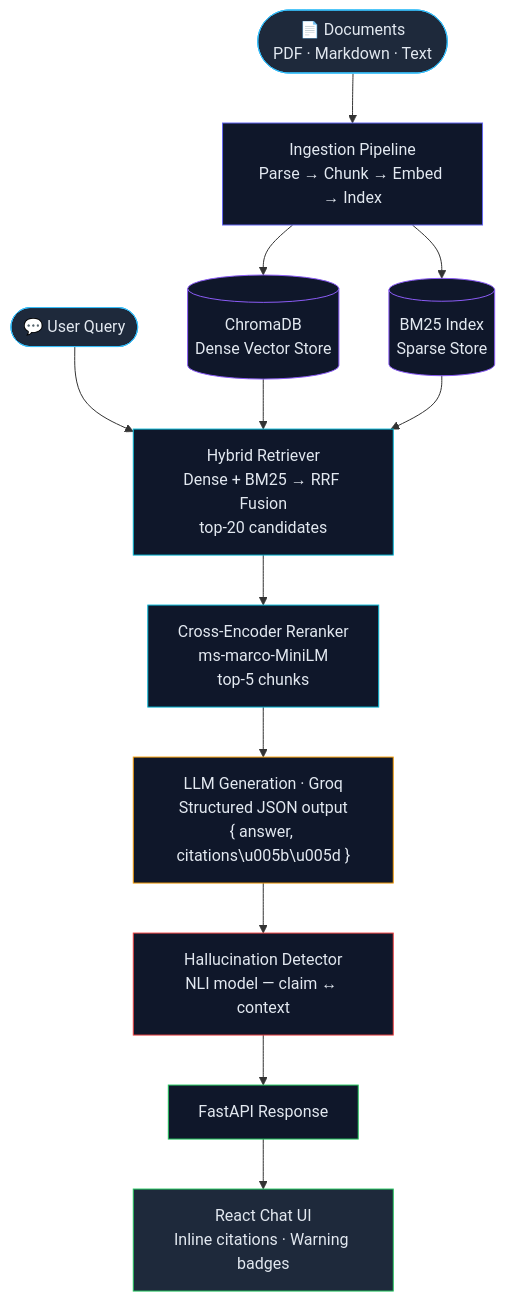
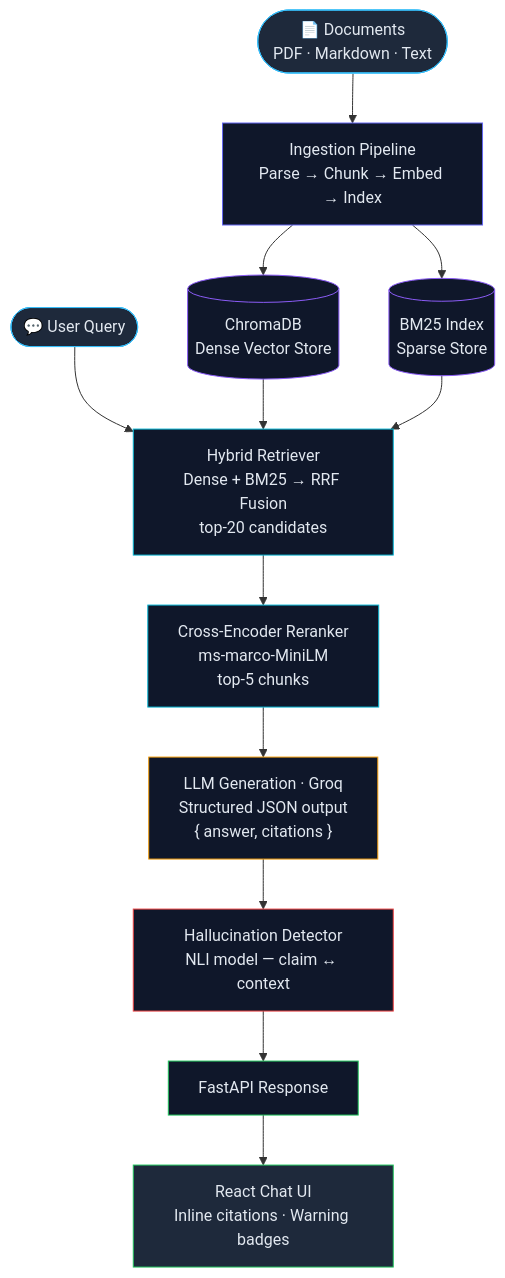
The diagram in README.md (Revanthkolla16/Ask-my-Docs), drawn with Mermaid before and after one commit. The commit also changed other lines of this file and 16 other files, not shown here.

````diff
--- a/README.md
+++ b/README.md
@@ -79,34 +79,34 @@
 ```mermaid
 flowchart TD
     A(["📄 Documents\nPDF · Markdown · Text"])
     A --> B["Ingestion Pipeline\nParse → Chunk → Embed → Index"]
 
     B --> C[("ChromaDB\nDense Vector Store")]
     B --> D[("BM25 Index\nSparse Store")]
 
     Q(["💬 User Query"]) --> E
 
     C --> E["Hybrid Retriever\nDense + BM25 → RRF Fusion\ntop-20 candidates"]
     D --> E
 
     E --> F["Cross-Encoder Reranker\nms-marco-MiniLM\ntop-5 chunks"]
 
-    F --> G["LLM Generation · Groq\nStructured JSON output\n{ answer, citations\u005b\u005d }"]
+    F --> G["LLM Generation · Groq\nStructured JSON output\n{ answer, citations }"]
 
     G --> H["Hallucination Detector\nNLI model — claim ↔ context"]
 
     H --> I["FastAPI Response"]
     I --> J["React Chat UI\nInline citations · Warning badges"]
 
     style A fill:#1e293b,stroke:#38bdf8,color:#e2e8f0
     style Q fill:#1e293b,stroke:#38bdf8,color:#e2e8f0
     style B fill:#0f172a,stroke:#6366f1,color:#e2e8f0
     style C fill:#0f172a,stroke:#8b5cf6,color:#e2e8f0
     style D fill:#0f172a,stroke:#8b5cf6,color:#e2e8f0
     style E fill:#0f172a,stroke:#06b6d4,color:#e2e8f0
     style F fill:#0f172a,stroke:#06b6d4,color:#e2e8f0
     style G fill:#0f172a,stroke:#f59e0b,color:#e2e8f0
     style H fill:#0f172a,stroke:#ef4444,color:#e2e8f0
     style I fill:#0f172a,stroke:#22c55e,color:#e2e8f0
     style J fill:#1e293b,stroke:#22c55e,color:#e2e8f0
 ```
````
